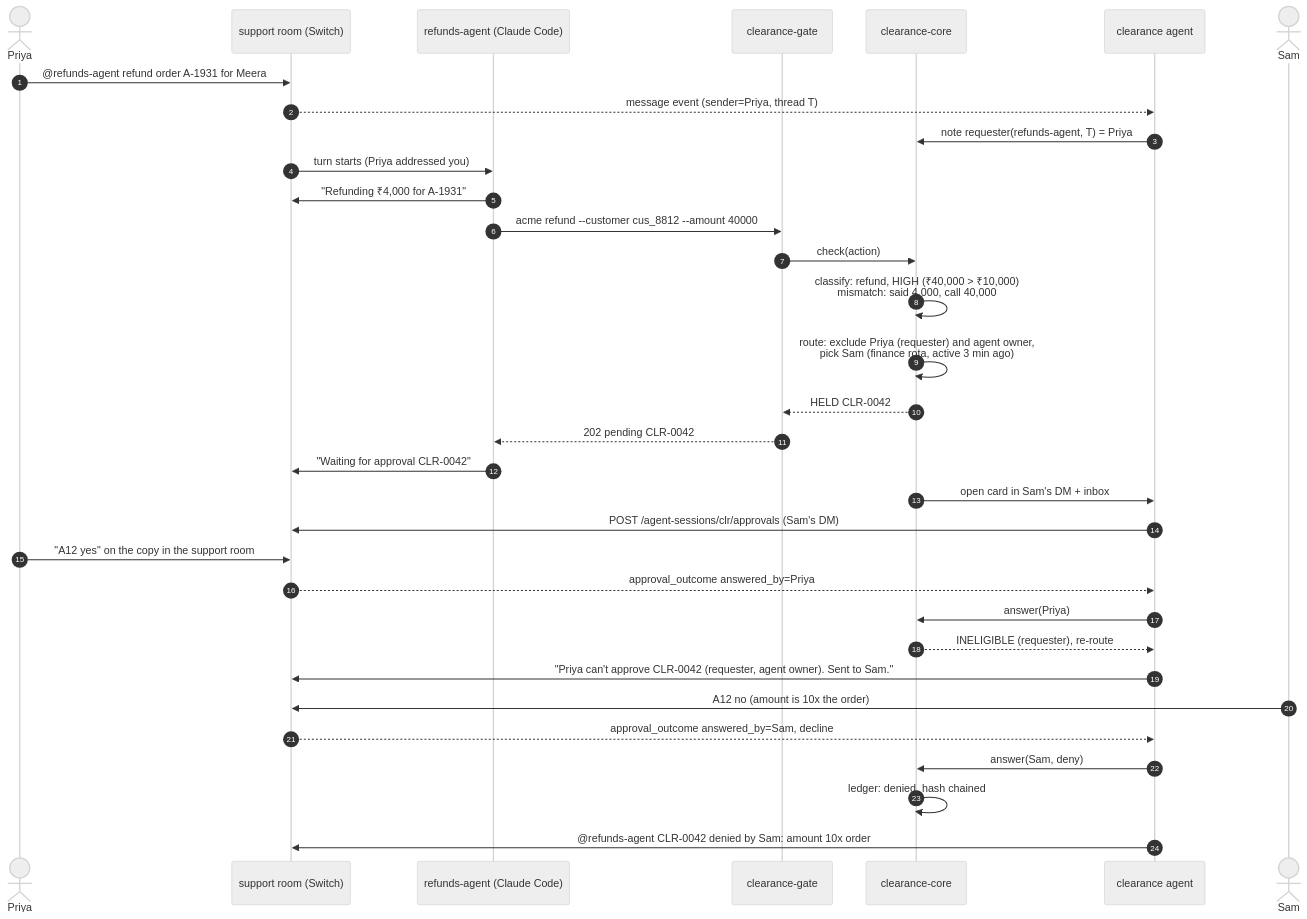
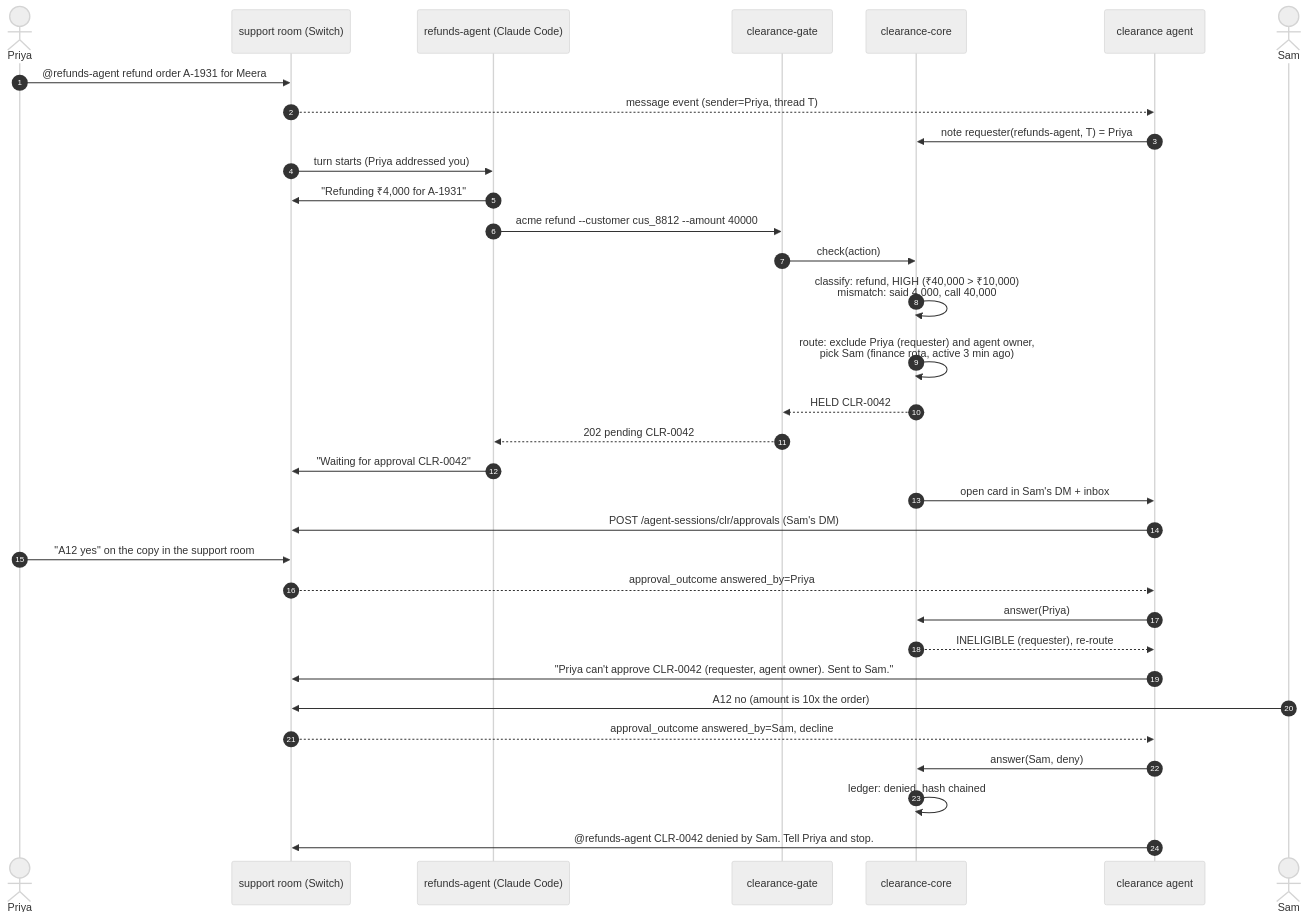
Before and after one commit to SohamJuneja/clearance: the second of 2 diagrams in PLAN.md, drawn with Mermaid (neutral theme). The commit also changed other lines of this file and 36 other files, not shown here.

````diff
--- a/PLAN.md
+++ b/PLAN.md
@@ -513,35 +513,35 @@
 ```mermaid
 sequenceDiagram
   autonumber
   actor Priya
   participant Room as support room (Switch)
   participant RA as refunds-agent (Claude Code)
   participant Gate as clearance-gate
   participant Core as clearance-core
   participant Clr as clearance agent
   actor Sam
   Priya->>Room: @refunds-agent refund order A-1931 for Meera
   Room-->>Clr: message event (sender=Priya, thread T)
   Clr->>Core: note requester(refunds-agent, T) = Priya
   Room->>RA: turn starts (Priya addressed you)
   RA->>Room: "Refunding ₹4,000 for A-1931"
   RA->>Gate: acme refund --customer cus_8812 --amount 40000
   Gate->>Core: check(action)
   Core->>Core: classify: refund, HIGH (₹40,000 > ₹10,000)<br/>mismatch: said 4,000, call 40,000
   Core->>Core: route: exclude Priya (requester) and agent owner,<br/>pick Sam (finance rota, active 3 min ago)
   Core-->>Gate: HELD CLR-0042
   Gate-->>RA: 202 pending CLR-0042
   RA->>Room: "Waiting for approval CLR-0042"
   Core->>Clr: open card in Sam's DM + inbox
   Clr->>Room: POST /agent-sessions/clr/approvals (Sam's DM)
   Priya->>Room: "A12 yes" on the copy in the support room
   Room-->>Clr: approval_outcome answered_by=Priya
   Clr->>Core: answer(Priya)
   Core-->>Clr: INELIGIBLE (requester), re-route
   Clr->>Room: "Priya can't approve CLR-0042 (requester, agent owner). Sent to Sam."
   Sam->>Room: A12 no (amount is 10x the order)
   Room-->>Clr: approval_outcome answered_by=Sam, decline
   Clr->>Core: answer(Sam, deny)
   Core->>Core: ledger: denied, hash chained
-  Clr->>Room: @refunds-agent CLR-0042 denied by Sam: amount 10x order
+  Clr->>Room: @refunds-agent CLR-0042 denied by Sam. Tell Priya and stop.
 ```
````
